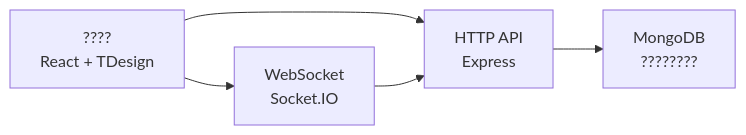
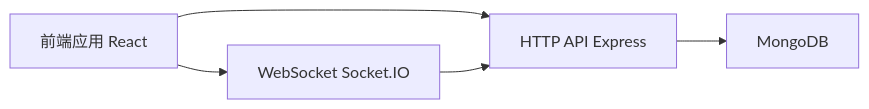
Before and after one commit to zhouhaot/jiaolanrihua: the diagram in README.md, drawn with Mermaid. The commit also changed other lines of this file, not shown here.

````diff
--- a/README.md
+++ b/README.md
@@ -37,7 +39,7 @@
 ```mermaid
 flowchart LR
-  A["????\nReact + TDesign"] --> B["HTTP API\nExpress"]
-  A --> C["WebSocket\nSocket.IO"]
-  B --> D["MongoDB\n????????"]
+  A["前端应用 React"] --> B["HTTP API Express"]
+  A --> C["WebSocket Socket.IO"]
+  B --> D["MongoDB"]
   C --> B
 ```
````
